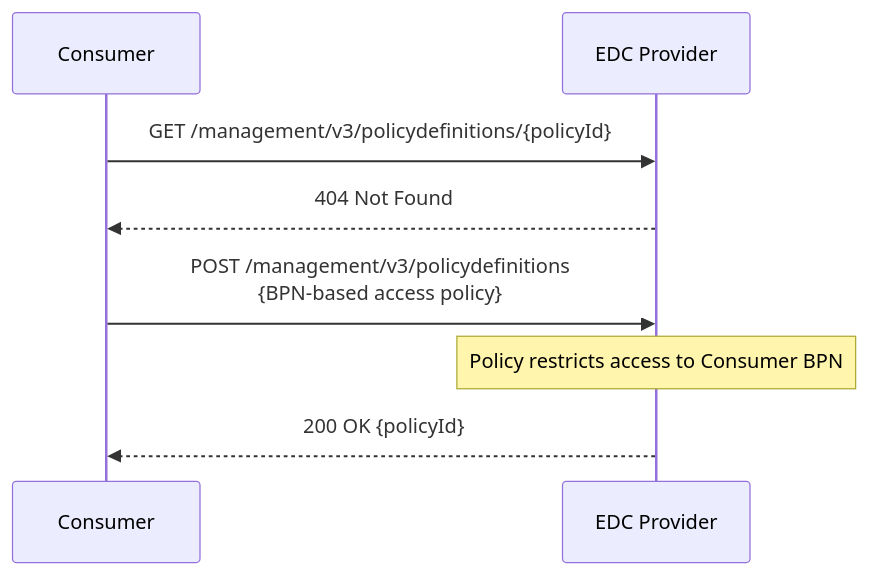
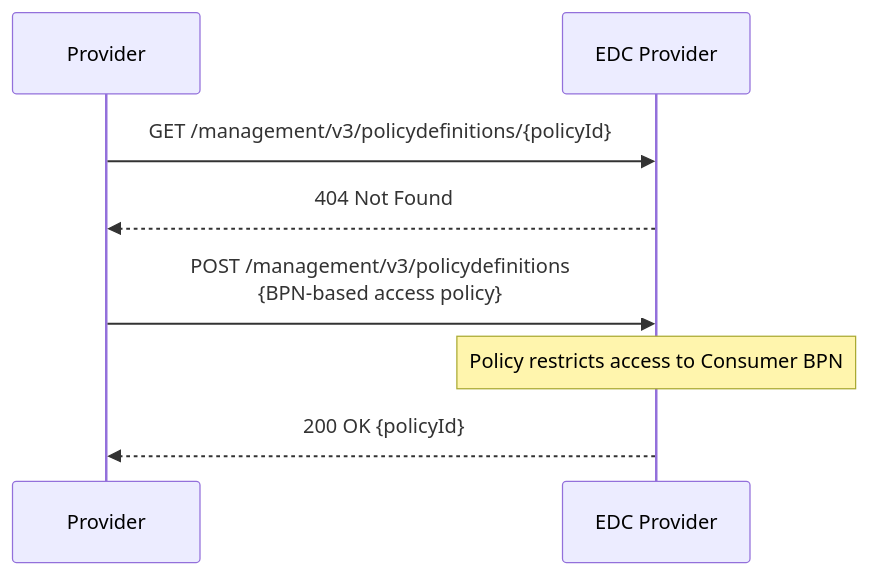
The second of 8 diagrams in scripts/README.md (borrmann-dev/construct-x-edge-k8s), drawn with Mermaid before and after one commit. The commit also changed other lines of this file, not shown here.

````diff
--- a/scripts/README.md
+++ b/scripts/README.md
@@ -58,11 +57,11 @@
 ```mermaid
 sequenceDiagram
-    participant Consumer
+    participant Provider
     participant EDC_Provider as EDC Provider
 
-    Consumer->>EDC_Provider: GET /management/v3/policydefinitions/{policyId}
-    EDC_Provider-->>Consumer: 404 Not Found
-    Consumer->>EDC_Provider: POST /management/v3/policydefinitions<br/>{BPN-based access policy}
+    Provider->>EDC_Provider: GET /management/v3/policydefinitions/{policyId}
+    EDC_Provider-->>Provider: 404 Not Found
+    Provider->>EDC_Provider: POST /management/v3/policydefinitions<br/>{BPN-based access policy}
     Note over EDC_Provider: Policy restricts access to Consumer BPN
-    EDC_Provider-->>Consumer: 200 OK {policyId}
+    EDC_Provider-->>Provider: 200 OK {policyId}
 ```
````
